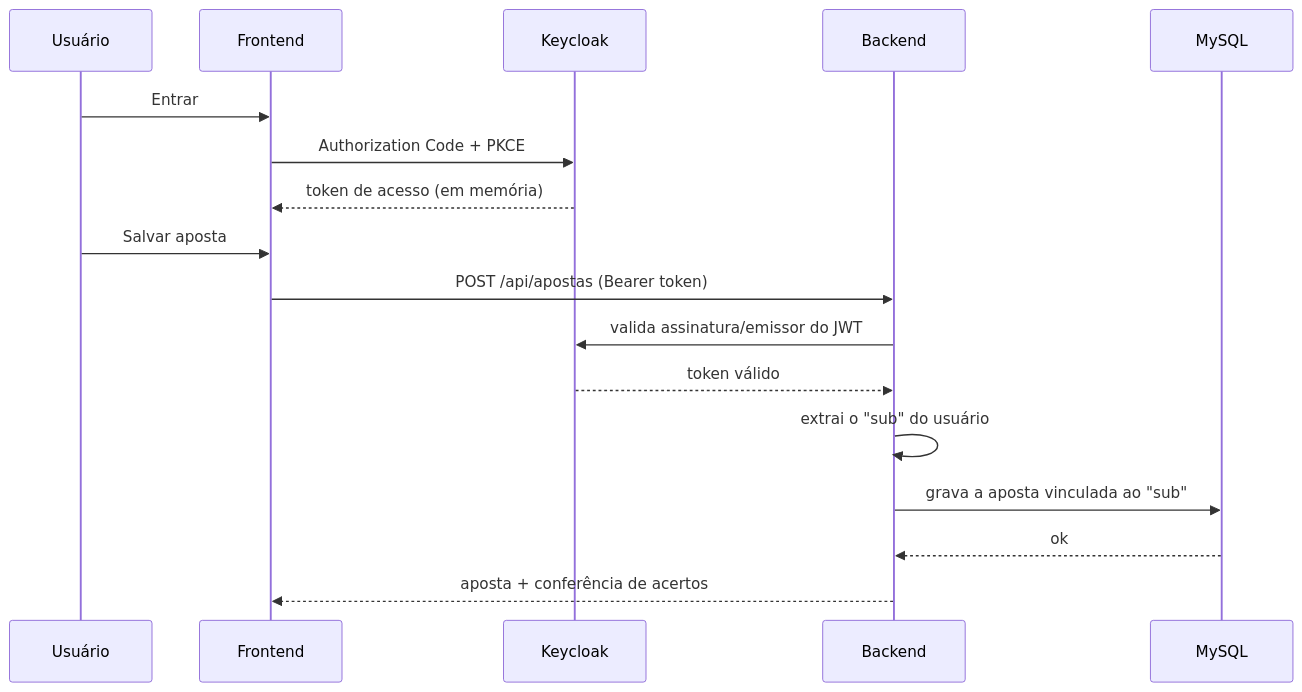
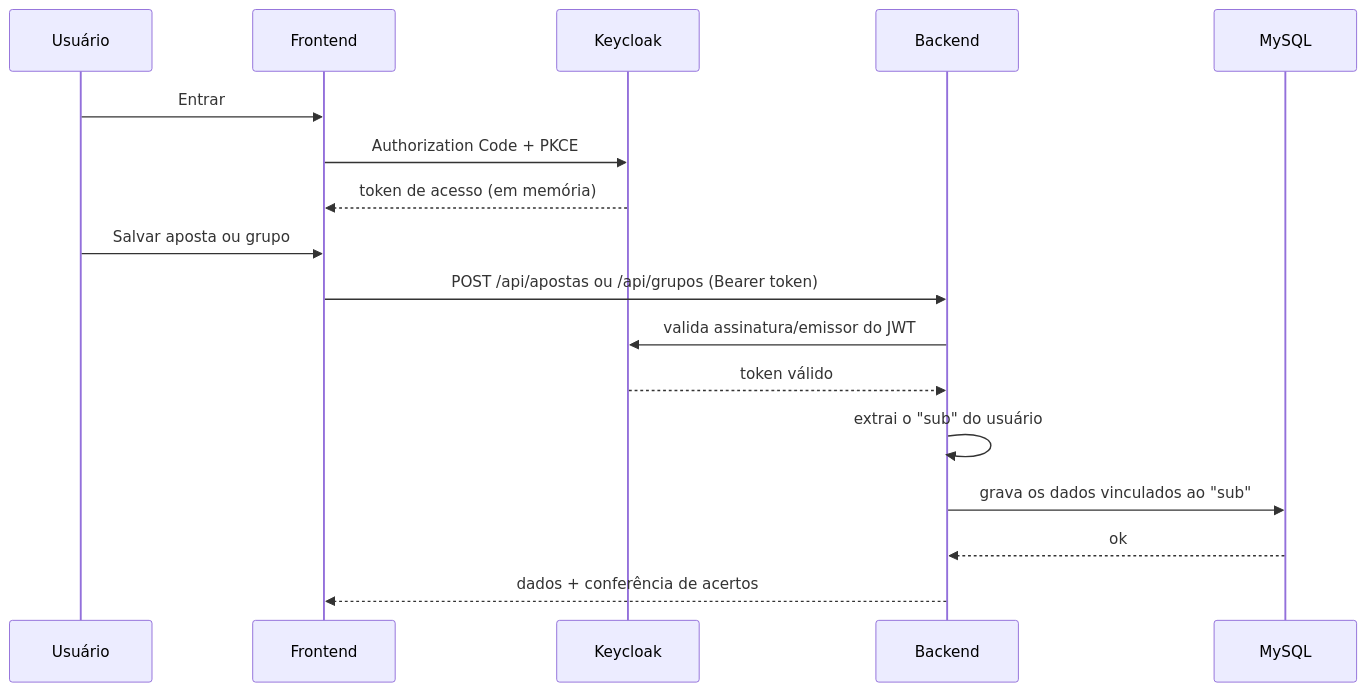
One commit to Marcelo-Davila/AnaliseJogosCaixa-Vitrine changed the fourth of 4 diagrams in Docs/UML.md. Above: the diagram before and after it, drawn with Mermaid. The commit also changed other lines of this file and 4 other files, not shown here.

````diff
--- a/Docs/UML.md
+++ b/Docs/UML.md
@@ -168,20 +265,20 @@
 ```mermaid
 sequenceDiagram
     participant U as Usuário
     participant F as Frontend
     participant K as Keycloak
     participant A as Backend
     participant D as MySQL
 
     U->>F: Entrar
     F->>K: Authorization Code + PKCE
     K-->>F: token de acesso (em memória)
-    U->>F: Salvar aposta
-    F->>A: POST /api/apostas (Bearer token)
+    U->>F: Salvar aposta ou grupo
+    F->>A: POST /api/apostas ou /api/grupos (Bearer token)
     A->>K: valida assinatura/emissor do JWT
     K-->>A: token válido
     A->>A: extrai o "sub" do usuário
-    A->>D: grava a aposta vinculada ao "sub"
+    A->>D: grava os dados vinculados ao "sub"
     D-->>A: ok
-    A-->>F: aposta + conferência de acertos
+    A-->>F: dados + conferência de acertos
 ```
````
